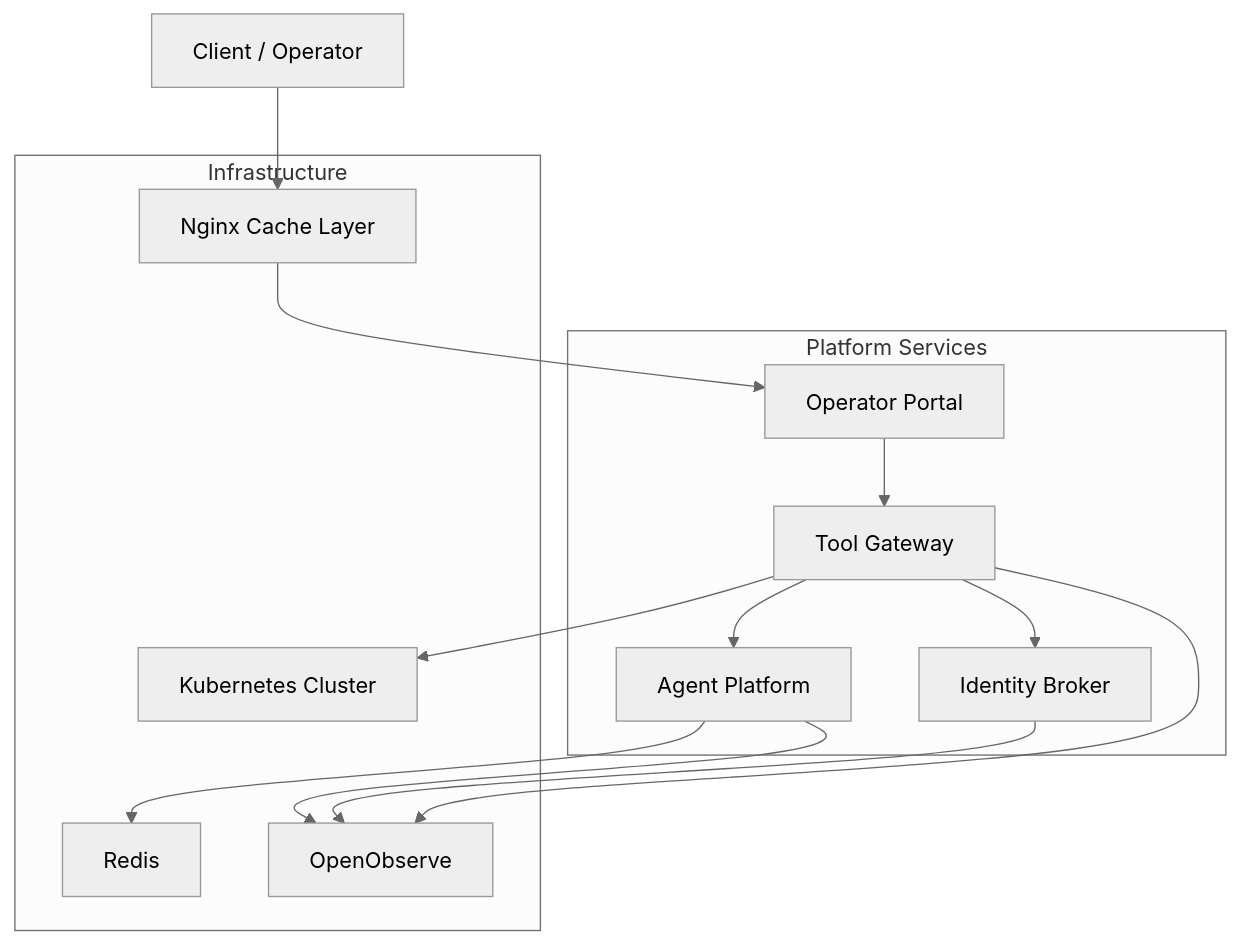
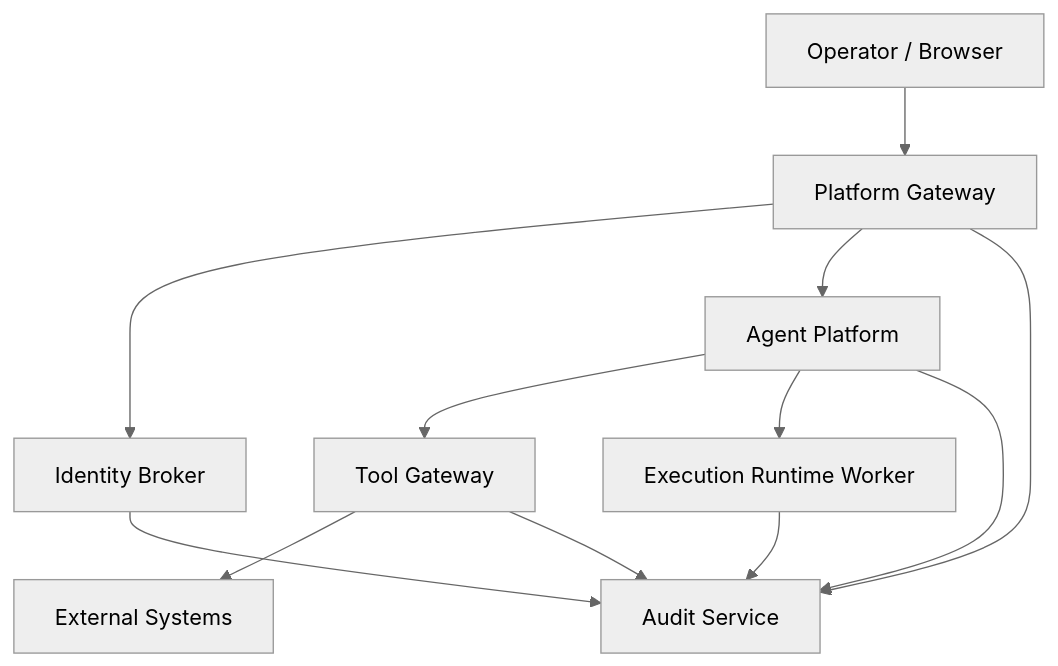
Before and after one commit to metasync/luban-aiops: the first of 3 diagrams in .qoder/repowiki/en/content/Troubleshooting and FAQ.md, drawn with Mermaid (neutral theme). The commit also changed other lines of this file and 843 other files, not shown here.

````diff
--- a/.qoder/repowiki/en/content/Troubleshooting and FAQ.md
+++ b/.qoder/repowiki/en/content/Troubleshooting and FAQ.md
@@ -98,25 +57,14 @@
 ```mermaid
 graph TB
-subgraph "Platform Services"
-AG["Agent Platform"]
-IDB["Identity Broker"]
-GW["Tool Gateway"]
-OP["Operator Portal"]
-end
-subgraph "Infrastructure"
-REDIS["Redis"]
-K8S["Kubernetes Cluster"]
-OO["OpenObserve"]
-NGINX["Nginx Cache Layer"]
-end
-CLIENT["Client / Operator"] --> NGINX
-NGINX --> OP
-OP --> GW
-GW --> AG
-GW --> IDB
-AG --> REDIS
-GW --> K8S
-AG --> OO
-IDB --> OO
-GW --> OO
+Client["Operator / Browser"] --> PGW["Platform Gateway"]
+PGW --> IDB["Identity Broker"]
+PGW --> AGP["Agent Platform"]
+AGP --> TGW["Tool Gateway"]
+AGP --> ERW["Execution Runtime Worker"]
+TGW --> EXT["External Systems"]
+PGW --> AUD["Audit Service"]
+AGP --> AUD
+TGW --> AUD
+IDB --> AUD
+ERW --> AUD
 ```
````
